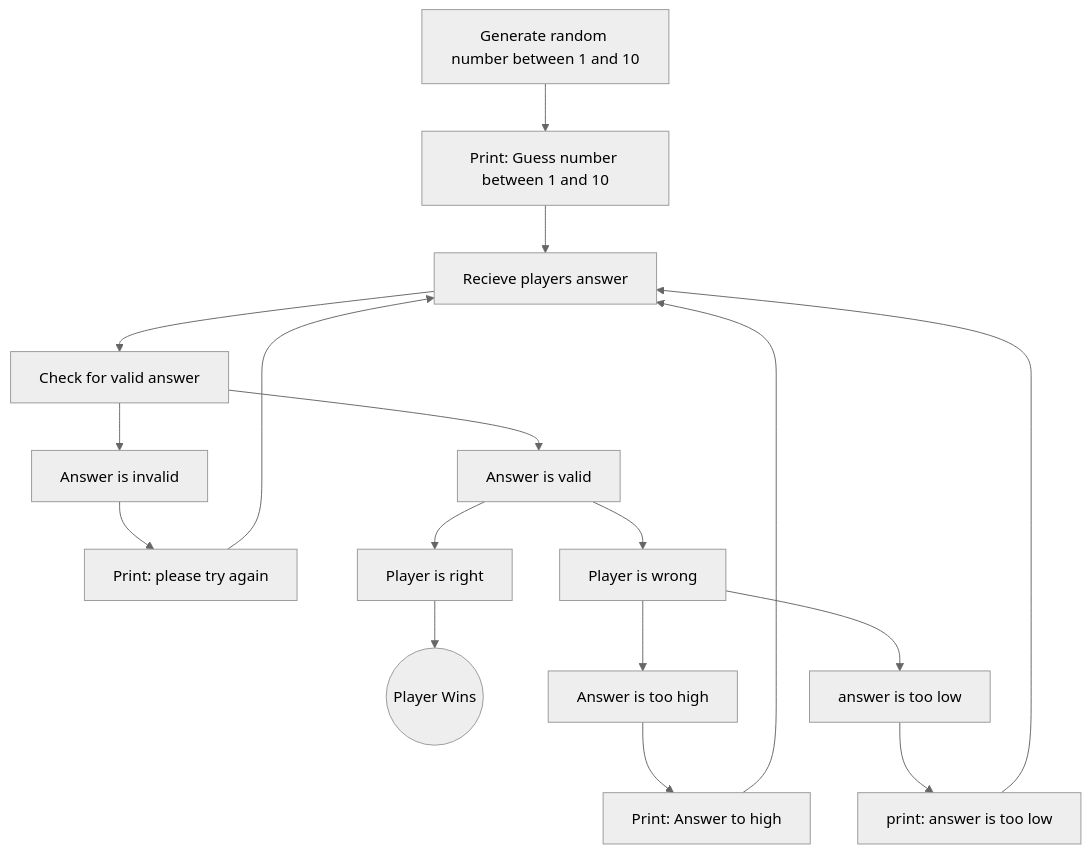
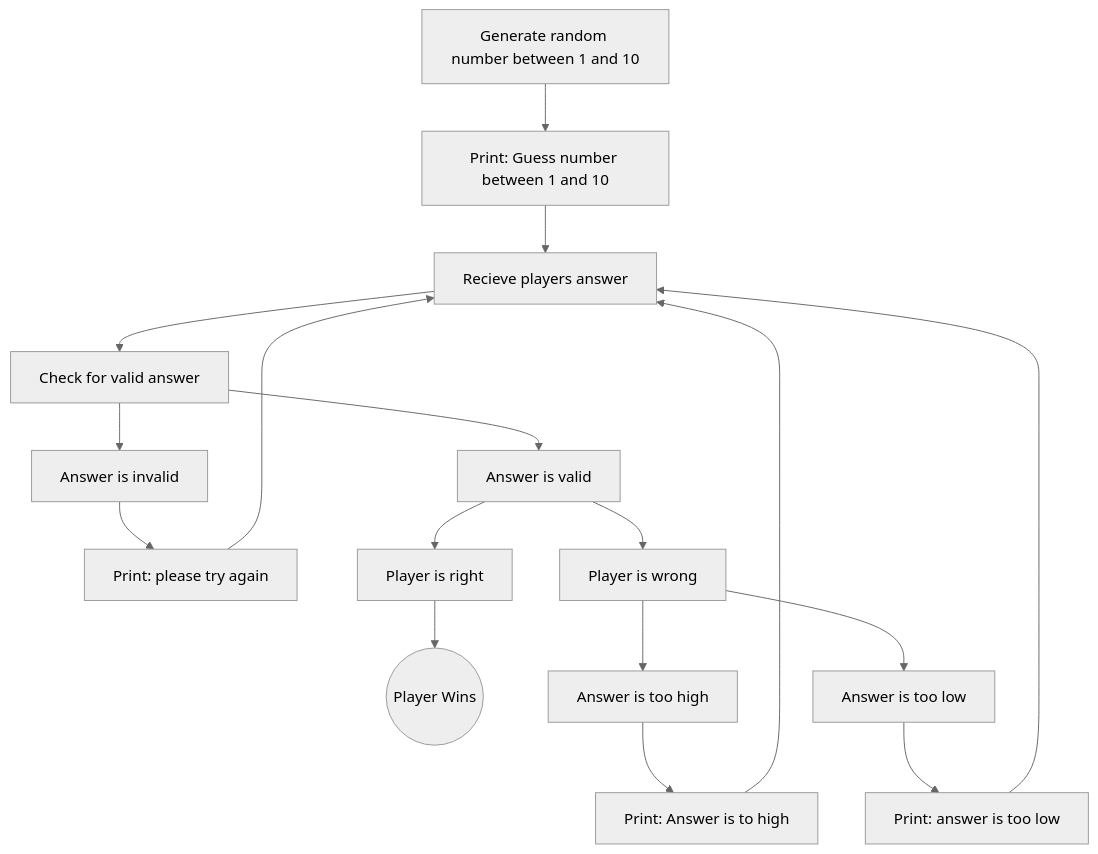
The diagram in Guessing.md (caleb-mook/caleb-mook.github.io), drawn with Mermaid (neutral theme) before and after one commit.

````diff
--- a/Guessing.md
+++ b/Guessing.md
@@ -1,19 +1,19 @@
 ```mermaid
 flowchart TD
 generate[Generate random number between 1 and 10] --> print_Q[Print: Guess number between 1 and 10]
 print_Q --> get_answer[Recieve players answer]
     get_answer --> checkv[Check for valid answer]
     checkv --> valid[Answer is valid]
     checkv --> nvalid[Answer is invalid]
     nvalid --> try_again[Print: please try again]
     try_again --> get_answer
     valid --> player_right[Player is right]
     player_right --> win((Player Wins))
     valid --> player_wrong[Player is wrong]
     player_wrong --> too_high[Answer is too high]
-    too_high --> print_too_high[Print: Answer to high]
+    too_high --> print_too_high[Print: Answer is to high]
     print_too_high --> get_answer
-    player_wrong --> too_low[answer is too low]
-    too_low --> print_too_low[print: answer is too low]
+    player_wrong --> too_low[Answer is too low]
+    too_low --> print_too_low[Print: answer is too low]
     print_too_low --> get_answer
 ```
````
